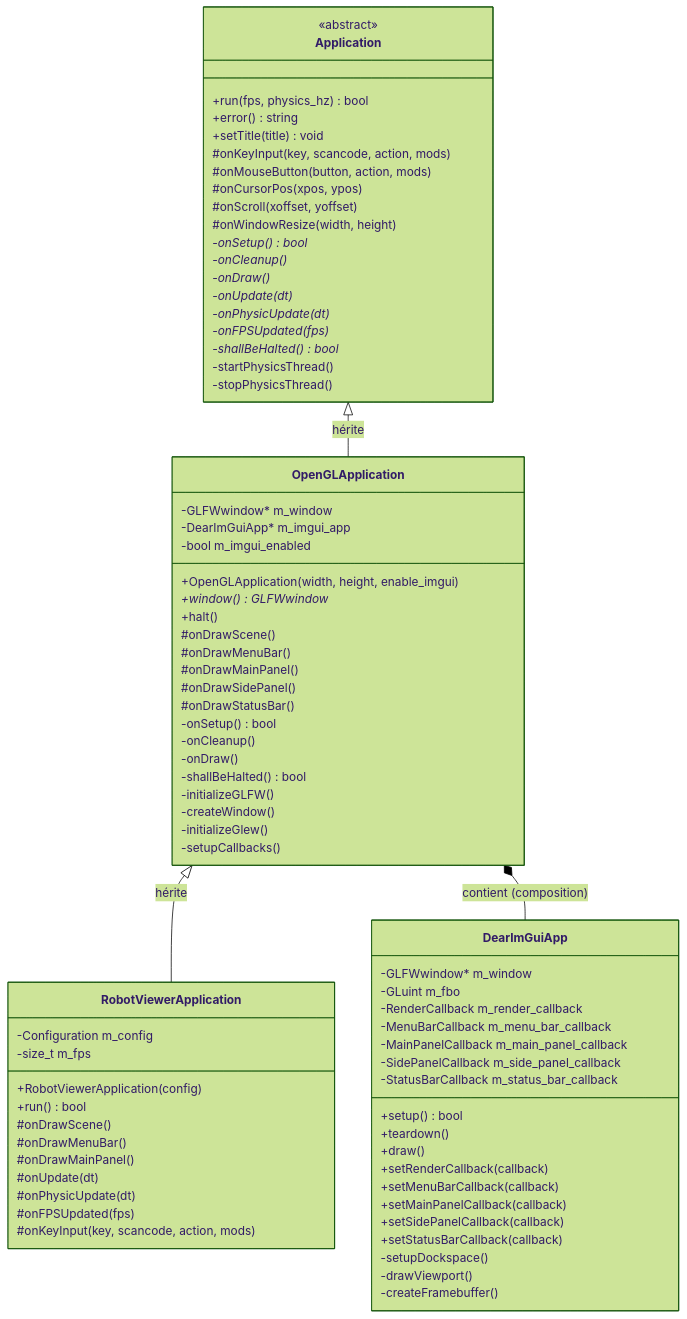
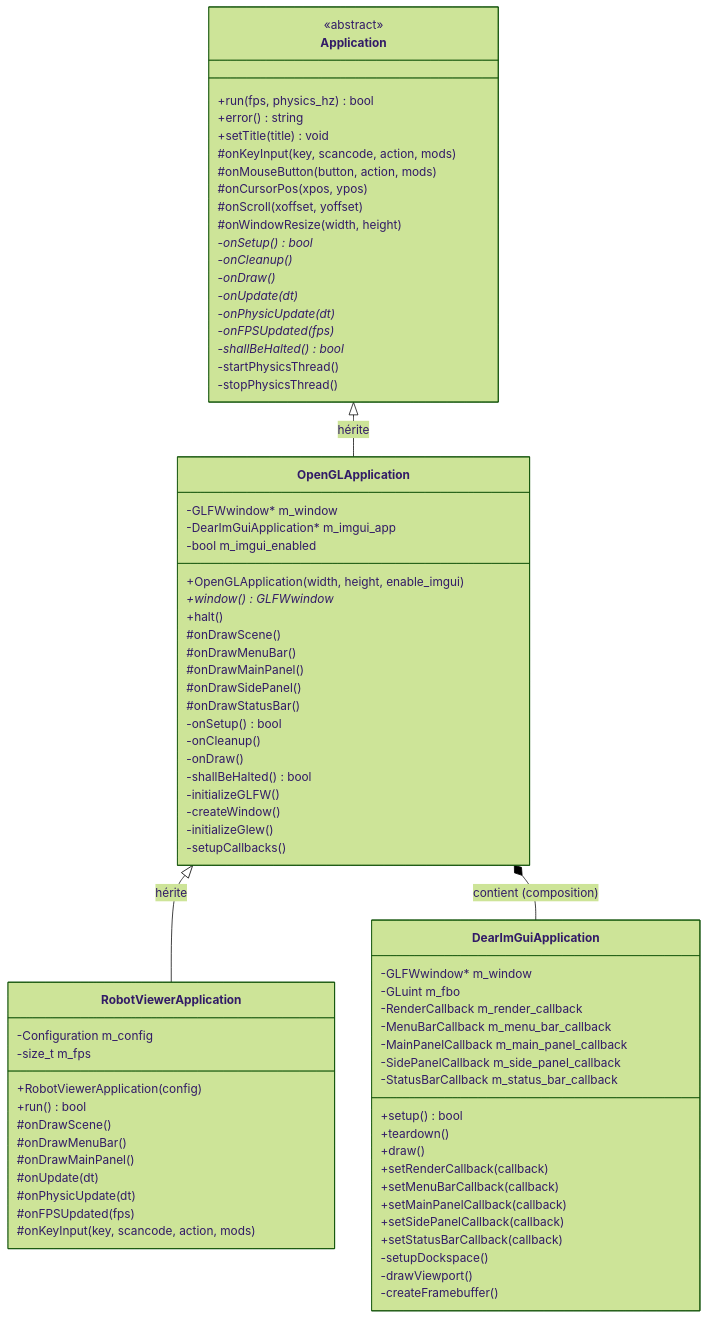
One commit to Lecrapouille/Robotik changed the diagram in doc/Applications.md. Above: the diagram before and after it, drawn with Mermaid (forest theme). The commit also changed other lines of this file and 15 other files, not shown here.

````diff
--- a/doc/Applications.md
+++ b/doc/Applications.md
@@ -33,7 +33,7 @@
 
     class OpenGLApplication {
         -GLFWwindow* m_window
-        -DearImGuiApp* m_imgui_app
+        -DearImGuiApplication* m_imgui_app
         -bool m_imgui_enabled
         +OpenGLApplication(width, height, enable_imgui)
         +window() GLFWwindow*
@@ -53,7 +53,7 @@
         -setupCallbacks()
     }
 
-    class DearImGuiApp {
+    class DearImGuiApplication {
         -GLFWwindow* m_window
         -GLuint m_fbo
         -RenderCallback m_render_callback
@@ -90,5 +90,5 @@
 
     Application <|-- OpenGLApplication : hérite
     OpenGLApplication <|-- RobotViewerApplication : hérite
-    OpenGLApplication *-- DearImGuiApp : contient (composition)
+    OpenGLApplication *-- DearImGuiApplication : contient (composition)
 ```
````
